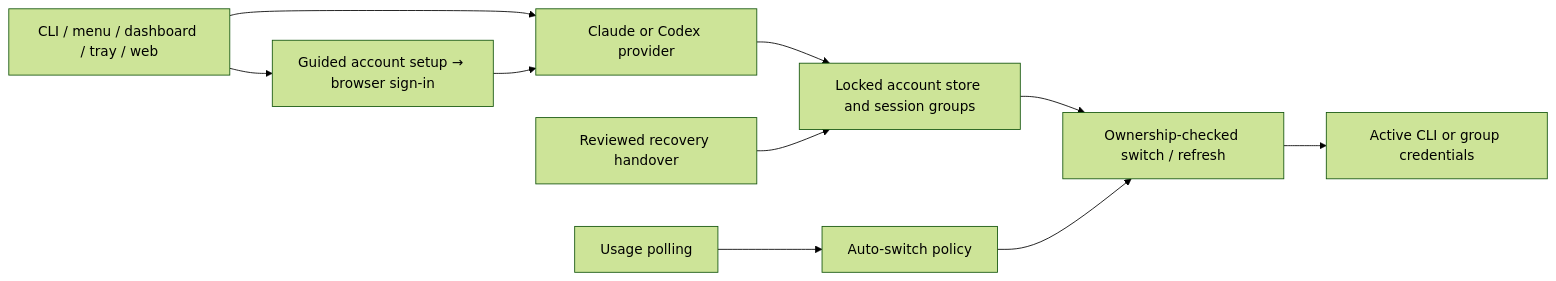
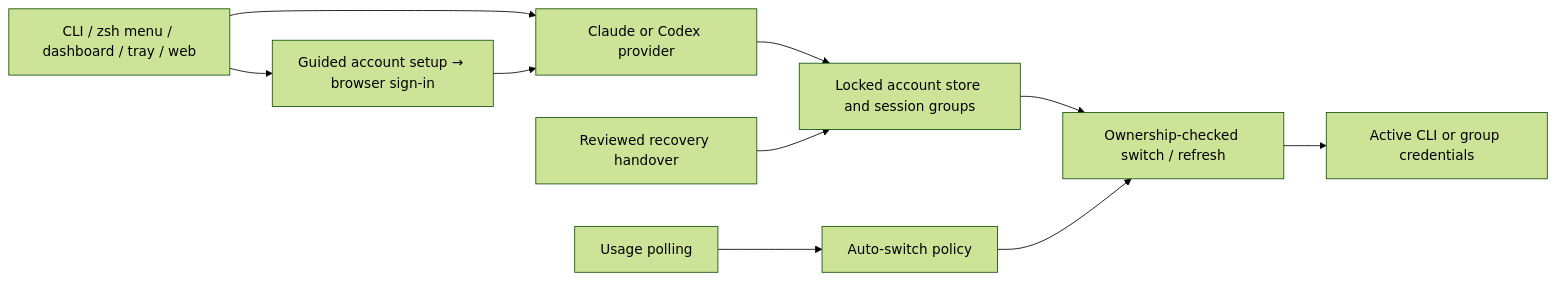
The diagram in README.md (tyclab/tycswap), drawn with Mermaid (forest theme) before and after one commit. The commit also changed other lines of this file and 14 other files, not shown here.

````diff
--- a/README.md
+++ b/README.md
@@ -1183,12 +1194,12 @@
 ```mermaid
 flowchart LR
-    A["CLI / menu / dashboard / tray / web"] --> B["Claude or Codex provider"]
+    A["CLI / zsh menu / dashboard / tray / web"] --> B["Claude or Codex provider"]
     A --> I["Guided account setup → browser sign-in"]
     I --> B
     B --> C["Locked account store and session groups"]
     C --> D["Ownership-checked switch / refresh"]
     D --> E["Active CLI or group credentials"]
     F["Usage polling"] --> G["Auto-switch policy"]
     G --> D
     H["Reviewed recovery handover"] --> C
 ```
````
